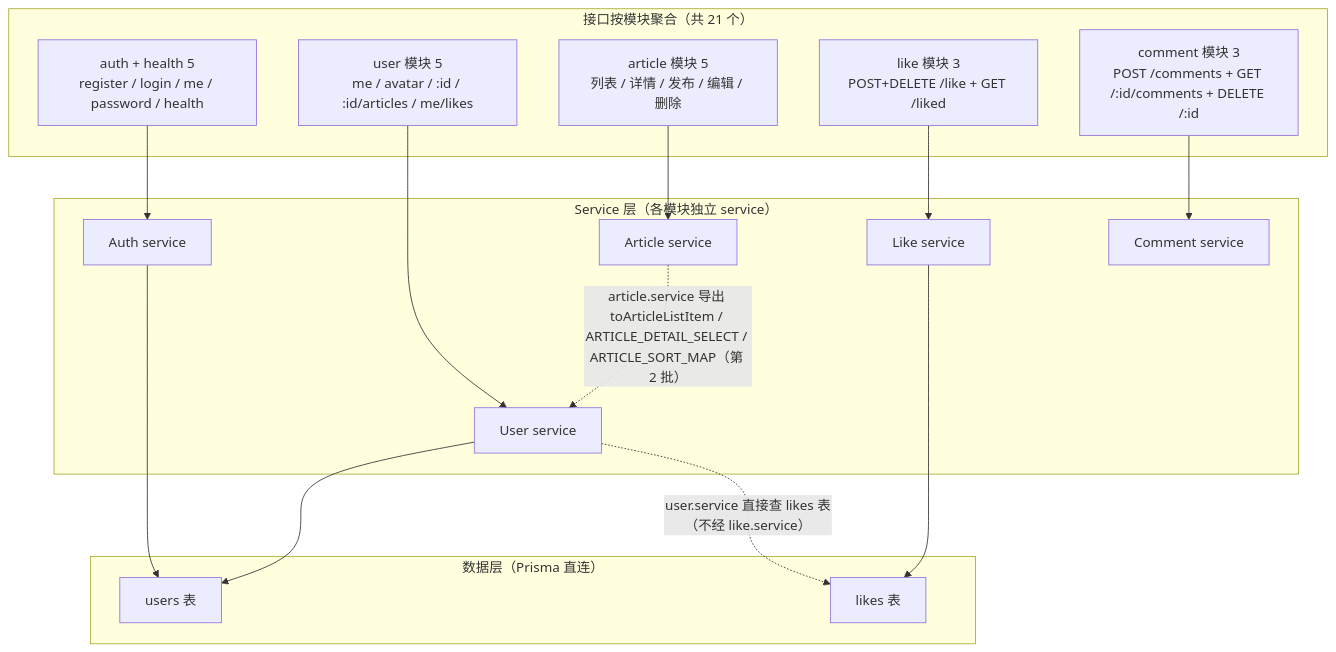
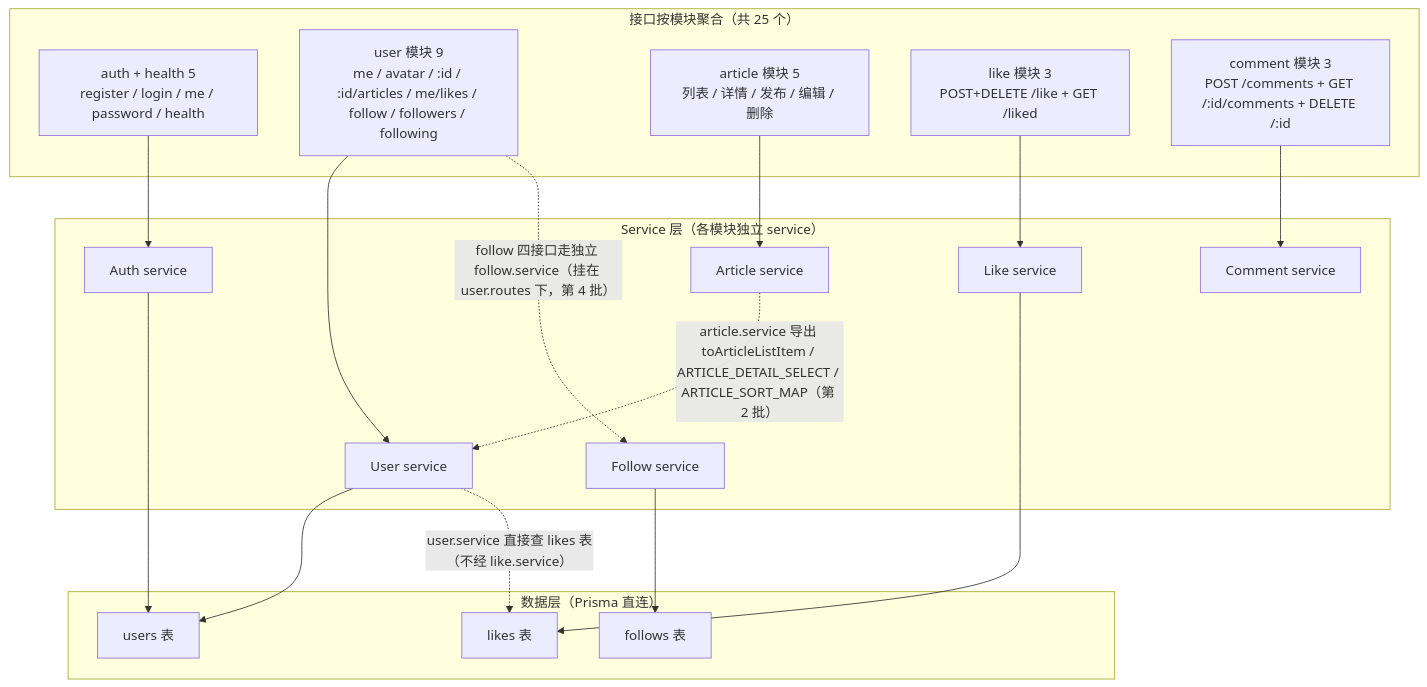
The fifth of 6 diagrams in docs/ARCHITECTURE.md (JuenLin/lin-blog), drawn with Mermaid before and after one commit. The commit also changed other lines of this file, not shown here.

First line of the commit message:
docs: ARCHITECTURE.md 同步第 4 批结构变更

````diff
--- a/docs/ARCHITECTURE.md
+++ b/docs/ARCHITECTURE.md
@@ -230,39 +239,43 @@
 ```mermaid
 flowchart TB
-  subgraph MOD[接口按模块聚合（共 21 个）]
+  subgraph MOD[接口按模块聚合（共 25 个）]
     authH["auth + health 5\nregister / login / me / password / health"]
-    userM["user 模块 5\nme / avatar / :id / :id/articles / me/likes"]
+    userM["user 模块 9\nme / avatar / :id / :id/articles / me/likes / follow / followers / following"]
     artM["article 模块 5\n列表 / 详情 / 发布 / 编辑 / 删除"]
     likeM["like 模块 3\nPOST+DELETE /like + GET /liked"]
     cmtM["comment 模块 3\nPOST /comments + GET /:id/comments + DELETE /:id"]
   end
 
   subgraph SVC[Service 层（各模块独立 service）]
     authSvc["Auth service"]
     userSvc["User service"]
     artSvc["Article service"]
     likeSvc["Like service"]
     cmtSvc["Comment service"]
+    followSvc["Follow service"]
   end
 
   subgraph DBT[数据层（Prisma 直连）]
     usersTable["users 表"]
     likesTable["likes 表"]
+    followsTable["follows 表"]
   end
 
   %% 模块归属各自独立 service
   authH --> authSvc
   userM --> userSvc
   artM --> artSvc
   likeM --> likeSvc
   cmtM --> cmtSvc
 
   %% service 直连数据表
   authSvc --> usersTable
   userSvc --> usersTable
   likeSvc --> likesTable
 
   %% 跨边界核心关系（API.md 接口表看不出）
   artSvc -. "article.service 导出 toArticleListItem / ARTICLE_DETAIL_SELECT / ARTICLE_SORT_MAP（第 2 批）" .-> userSvc
   userSvc -. "user.service 直接查 likes 表（不经 like.service）" .-> likesTable
+  userM -. "follow 四接口走独立 follow.service（挂在 user.routes 下，第 4 批）" .-> followSvc
+  followSvc --> followsTable
 ```
````
